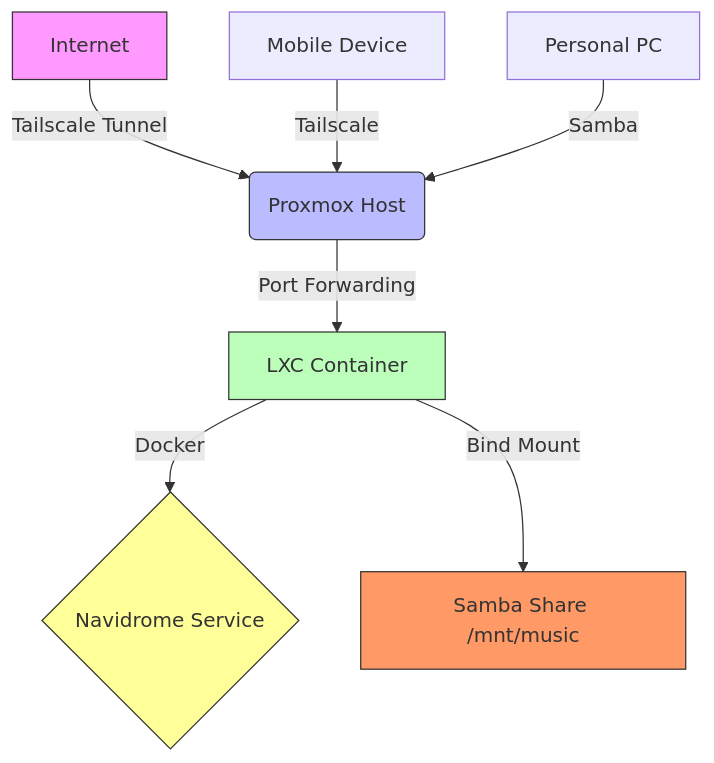
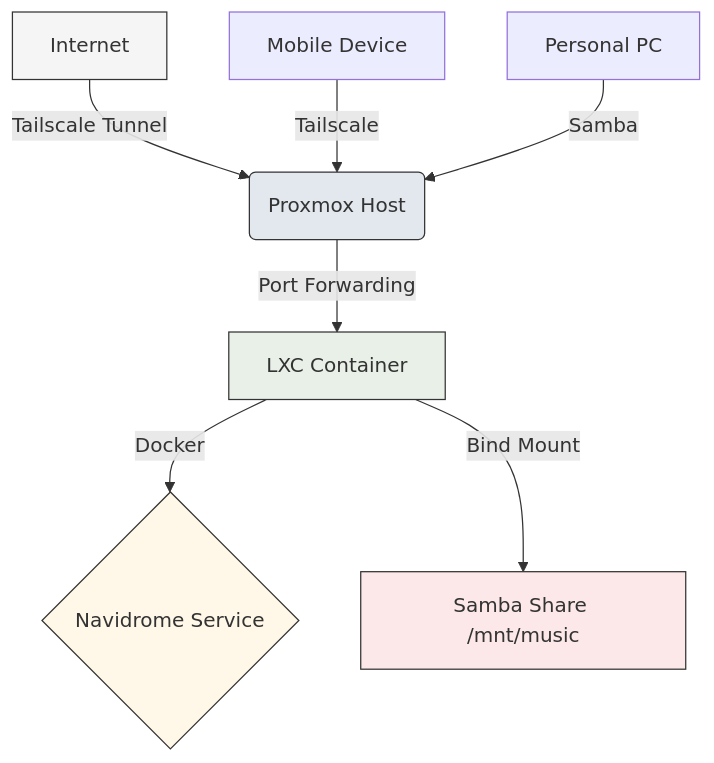
One commit to cyberhawk31337/Homelab-Navidrome changed the diagram in README.md. Above: the diagram before and after it, drawn with Mermaid.

````diff
--- a/README.md
+++ b/README.md
@@ -29,16 +29,16 @@
 ```mermaid
 graph TD
     A[Internet] -->|Tailscale Tunnel| B(Proxmox Host)
     B -->|Port Forwarding| C[LXC Container]
     C -->|Docker| D{Navidrome Service}
     C -->|Bind Mount| E[Samba Share /mnt/music]
     
     F[Mobile Device] -->|Tailscale| B
     G[Personal PC] -->|Samba| B
     
-    style A fill:#f9f,stroke:#333
-    style B fill:#bbf,stroke:#333
-    style C fill:#bfb,stroke:#333
-    style D fill:#ff9,stroke:#333
-    style E fill:#f96,stroke:#333
+style A fill:#f5f5f5,stroke:#333
+    style B fill:#e3e8ee,stroke:#333
+    style C fill:#e8f0e8,stroke:#333
+    style D fill:#fff8e8,stroke:#333
+    style E fill:#fce8e8,stroke:#333
 ```
````
